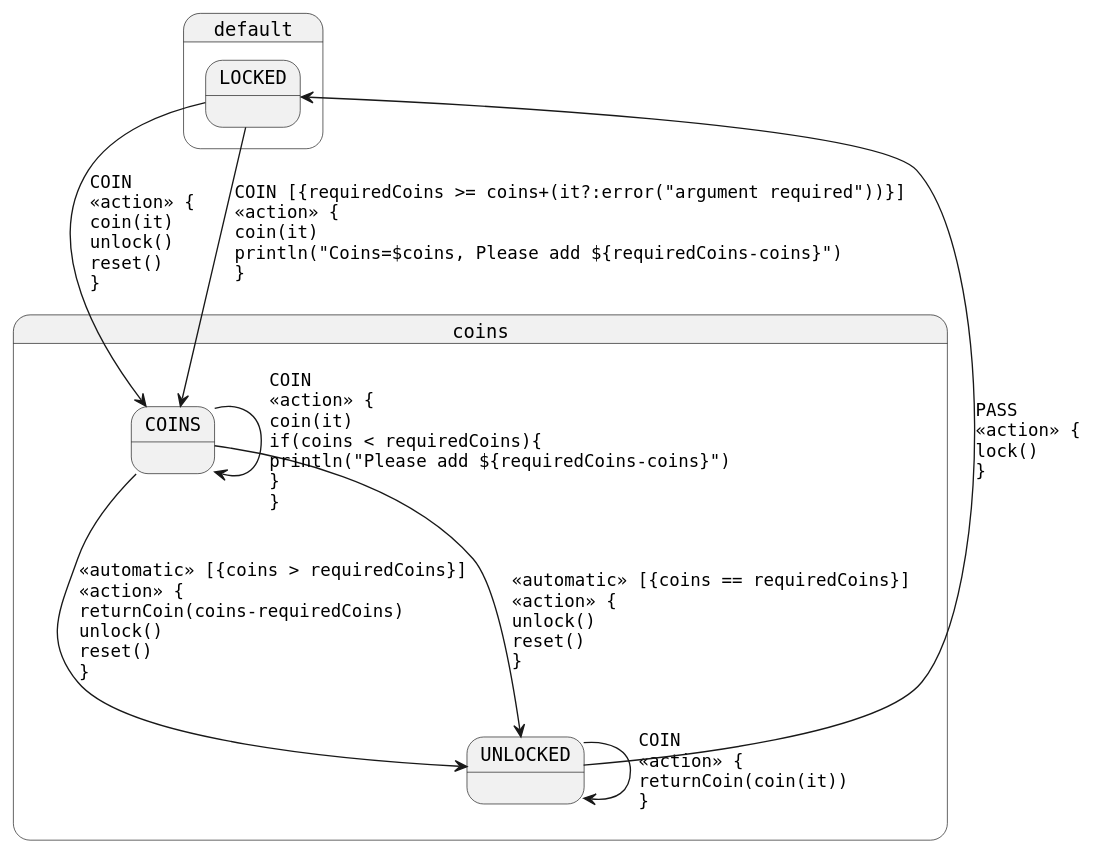
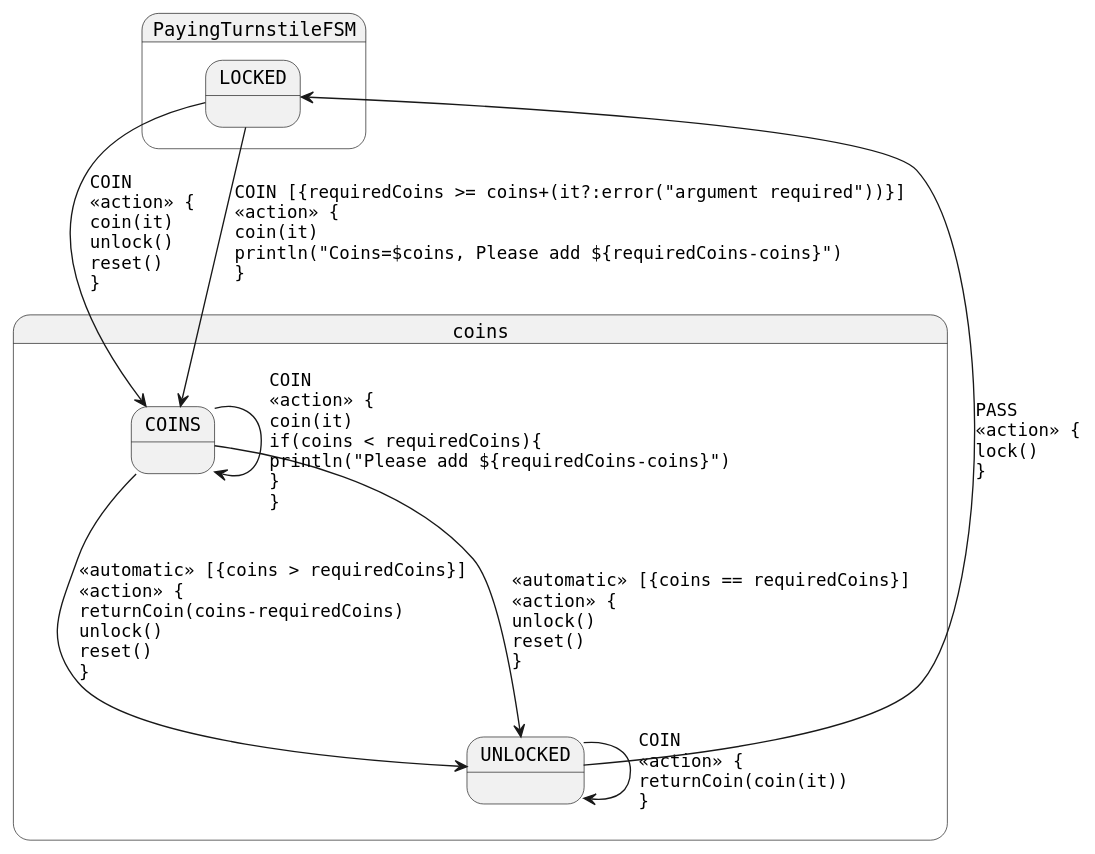
The diagram in generated-parsed/paying-turnstile.plantuml (open-jumpco/kfsm-viz), drawn with PlantUML before and after one commit. The commit also changed 9 other files, not shown here.

```diff
--- a/generated-parsed/paying-turnstile.plantuml
+++ b/generated-parsed/paying-turnstile.plantuml
@@ -1,15 +1,15 @@
 @startuml
 skinparam StateFontName Helvetica
 skinparam defaultFontName Monospaced
 state coins {
 COINS --> UNLOCKED : <<automatic>> [{coins > requiredCoins}]\l<<action>> {\lreturnCoin(coins-requiredCoins)\lunlock()\lreset()\l}
 COINS --> UNLOCKED : <<automatic>> [{coins == requiredCoins}]\l<<action>> {\lunlock()\lreset()\l}
 COINS --> COINS : COIN\l<<action>> {\lcoin(it)\lif(coins < requiredCoins){\lprintln("Please add ${requiredCoins-coins}")\l}\l}
 }
-state default {
+state PayingTurnstileFSM {
 LOCKED --> COINS : COIN\l<<action>> {\lcoin(it)\lunlock()\lreset()\l}
 LOCKED --> COINS : COIN [{requiredCoins >= coins+(it?:error("argument required"))}]\l<<action>> {\lcoin(it)\lprintln("Coins=$coins, Please add ${requiredCoins-coins}")\l}
 UNLOCKED --> UNLOCKED : COIN\l<<action>> {\lreturnCoin(coin(it))\l}
 UNLOCKED --> LOCKED : PASS\l<<action>> {\llock()\l}
 }
 @enduml
```
